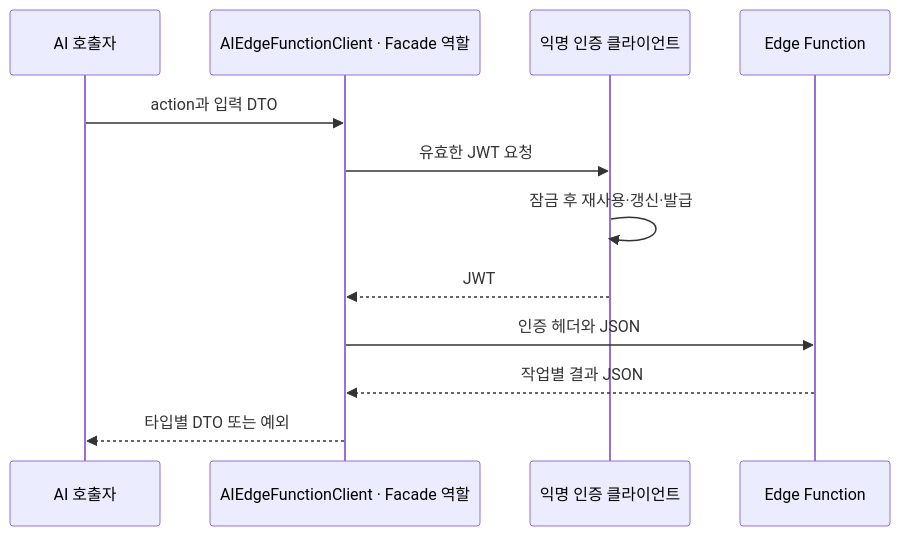
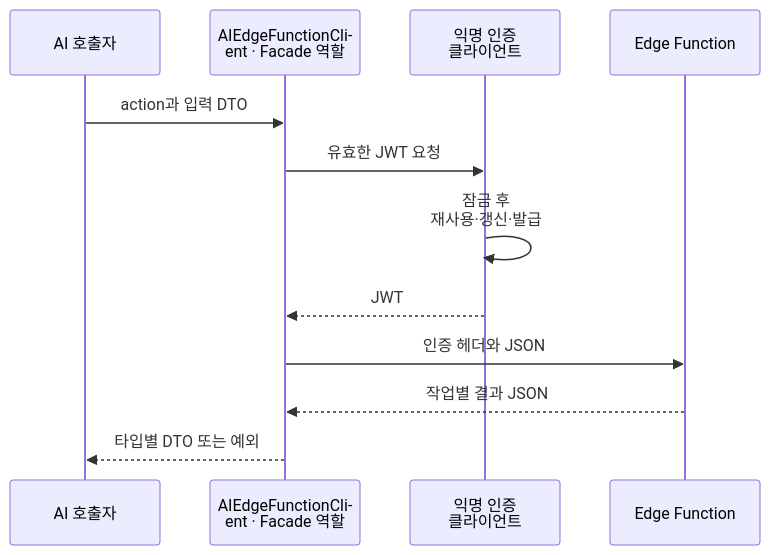
Before and after one commit to 1Seong/DetectiveAI: the diagram in portfolio/edge-client/README.md, drawn with Mermaid. The commit also changed 2 other files, not shown here.

Commit message:
docs: fix diagram text layout and feature sample emphasis

````diff
--- a/portfolio/edge-client/README.md
+++ b/portfolio/edge-client/README.md
@@ -7,14 +7,15 @@
 ```mermaid
+%%{init: {"htmlLabels": false, "themeVariables": {"fontFamily": "Arial, sans-serif"}, "flowchart": {"padding": 20, "diagramPadding": 20}, "sequence": {"diagramMarginX": 24, "diagramMarginY": 16, "wrap": true}}}%%
 sequenceDiagram
   participant C as AI 호출자
   participant E as AIEdgeFunctionClient · Facade 역할
   participant A as 익명 인증 클라이언트
   participant S as Edge Function
   C->>E: action과 입력 DTO
   E->>A: 유효한 JWT 요청
   A->>A: 잠금 후 재사용·갱신·발급
   A-->>E: JWT
   E->>S: 인증 헤더와 JSON
   S-->>E: 작업별 결과 JSON
   E-->>C: 타입별 DTO 또는 예외
 ```
````
